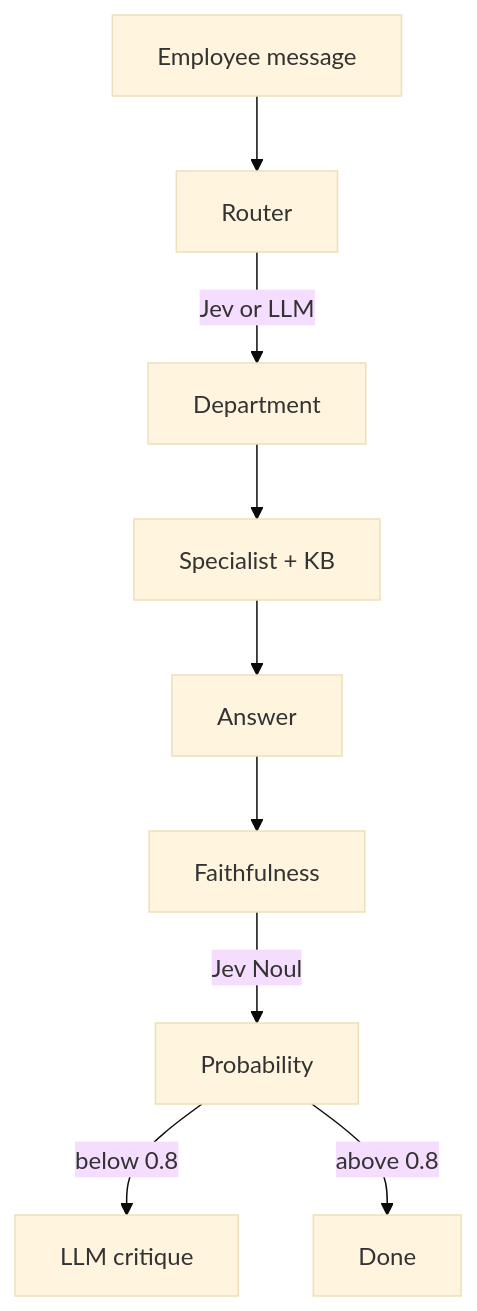
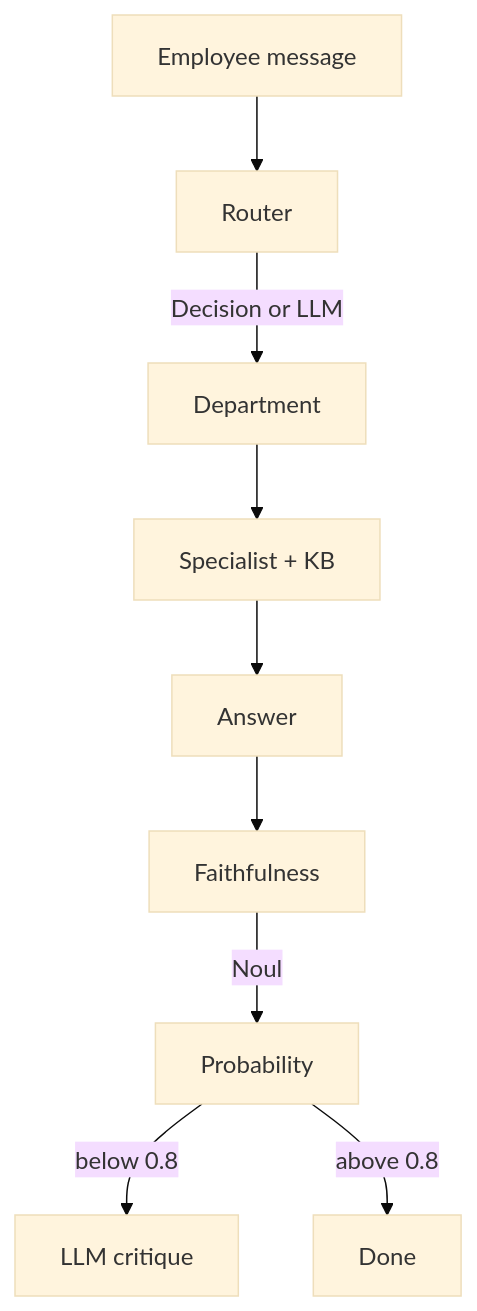
One commit to thisisartium/eval-workshop-ext changed the fourth of 4 diagrams in docs/why_decision_models.md. Above: the diagram before and after it, drawn with Mermaid (base theme). The commit also changed other lines of this file and 19 other files, not shown here.

First line of the commit message:
Call decision models via LiteLLM and rename the Jev workshop path.

````diff
--- a/docs/why_decision_models.md
+++ b/docs/why_decision_models.md
@@ -131,12 +135,12 @@
 ```mermaid
 flowchart TB
   user[Employee message]
   user --> router[Router]
-  router -->|Jev or LLM| dept[Department]
+  router -->|Decision or LLM| dept[Department]
   dept --> specialist[Specialist + KB]
   specialist --> answer[Answer]
   answer --> judge[Faithfulness]
-  judge -->|Jev Noul| score[Probability]
+  judge -->|Noul| score[Probability]
   score -->|below 0.8| critique[LLM critique]
   score -->|above 0.8| done[Done]
 ```
````
